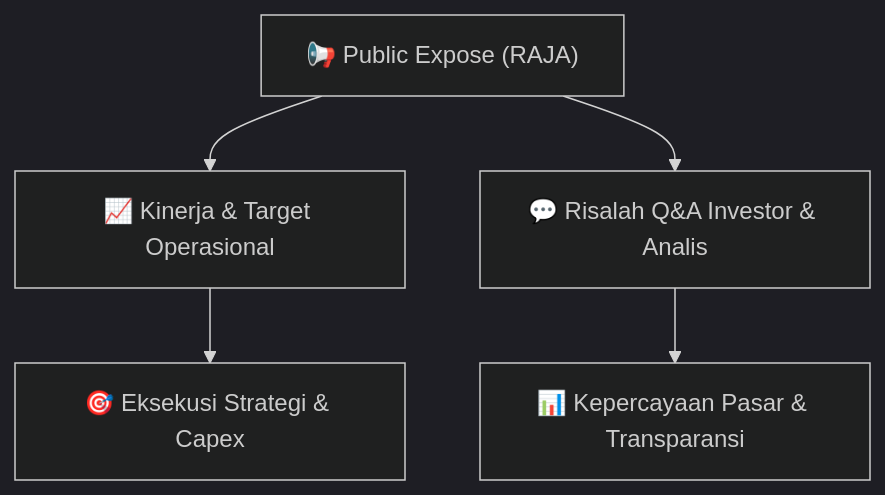
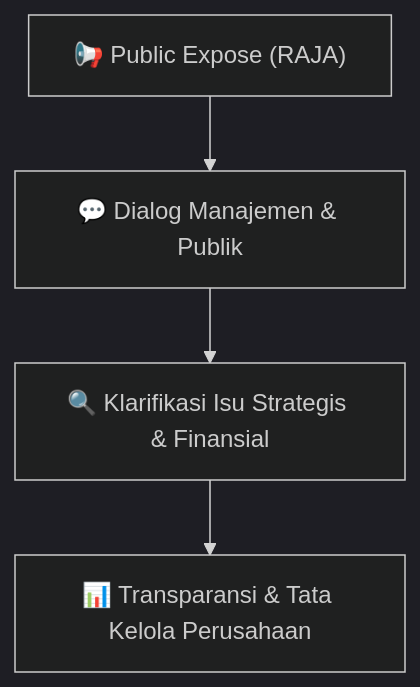
The diagram in reports/summaries/public-exposes/hasil-pubex/RAJA_Public_Expose_20260915.md (anYoneo/alphadigest-idx), drawn with Mermaid (dark theme) before and after one commit. The commit also changed other lines of this file and 526 other files, not shown here.

````diff
--- a/reports/summaries/public-exposes/hasil-pubex/RAJA_Public_Expose_20260915.md
+++ b/reports/summaries/public-exposes/hasil-pubex/RAJA_Public_Expose_20260915.md
@@ -15,7 +29,6 @@
 ```mermaid
 flowchart TD
-    A["📢 Public Expose (RAJA)"] --> B["📈 Kinerja & Target Operasional"]
-    A --> C["💬 Risalah Q&A Investor & Analis"]
-    B --> D["🎯 Eksekusi Strategi & Capex"]
-    C --> E["📊 Kepercayaan Pasar & Transparansi"]
+    A["📢 Public Expose (RAJA)"] --> B["💬 Dialog Manajemen & Publik"]
+    B --> C["🔍 Klarifikasi Isu Strategis & Finansial"]
+    C --> D["📊 Transparansi & Tata Kelola Perusahaan"]
 ```
````
